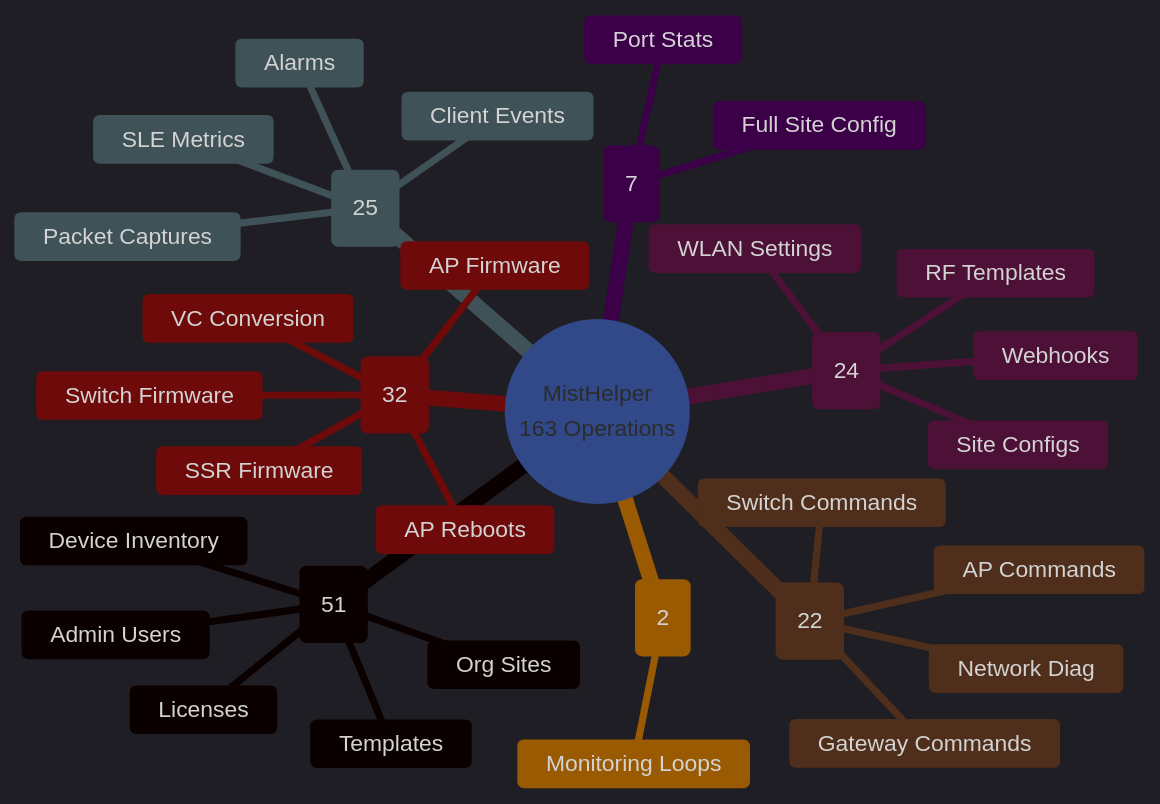
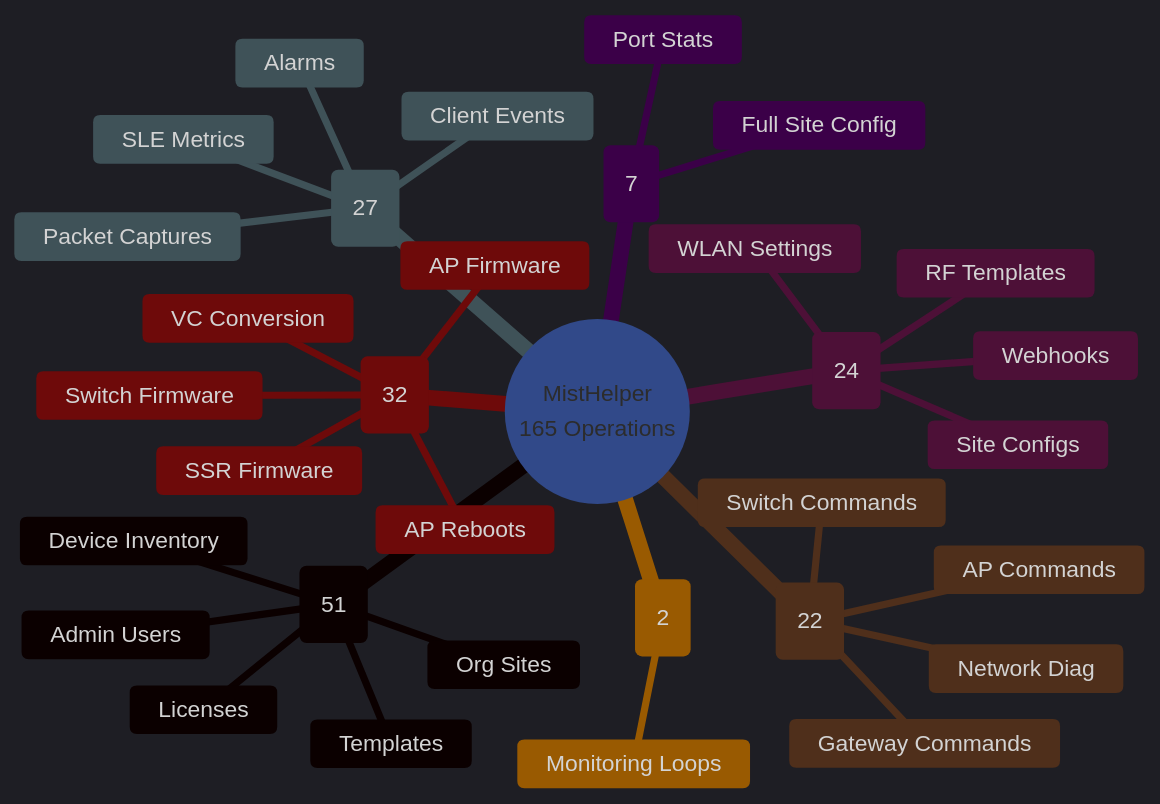
One commit to jmorrison-juniper/MistHelper changed the second of 2 diagrams in README.md. Above: the diagram before and after it, drawn with Mermaid. The commit also changed other lines of this file and 44 other files, not shown here.

````diff
--- a/README.md
+++ b/README.md
@@ -94,46 +96,46 @@
 ```mermaid
 %%{init: {'theme': 'dark', 'themeVariables': {
   'primaryColor': '#E20074',
   'primaryTextColor': '#E0E0E0',
   'primaryBorderColor': '#99004D',
   'lineColor': '#FF4DA6',
   'secondaryColor': '#16213E',
   'tertiaryColor': '#1A1A2E',
   'fontFamily': 'ui-monospace, monospace'
 }}}%%
 mindmap
-  root((MistHelper<br/>163 Operations))
+  root((MistHelper<br/>165 Operations))
     Safe (51)
       Org Sites
       Device Inventory
       Licenses
       Templates
       Admin Users
     Interactive Safe (24)
       Site Configs
       WLAN Settings
       RF Templates
       Webhooks
-    Interactive (25)
+    Interactive (27)
       Packet Captures
       SLE Metrics
       Client Events
       Alarms
     WebSocket (22)
       AP Commands
       Switch Commands
       Gateway Commands
       Network Diag
     Destructive (32)
       ::icon(fa fa-warning)
       AP Firmware
       Switch Firmware
       SSR Firmware
       AP Reboots
       VC Conversion
     Resource Intensive (7)
       Port Stats
       Full Site Config
     Continuous (2)
       Monitoring Loops
 ```
````
